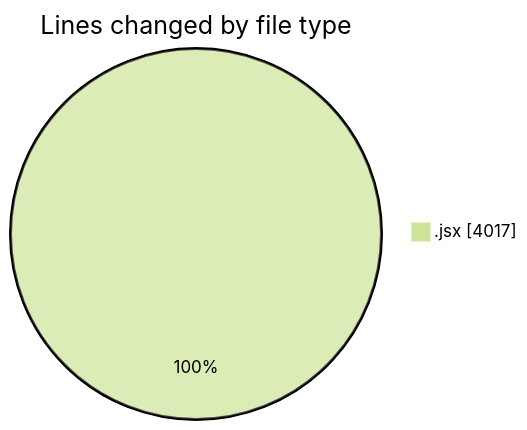
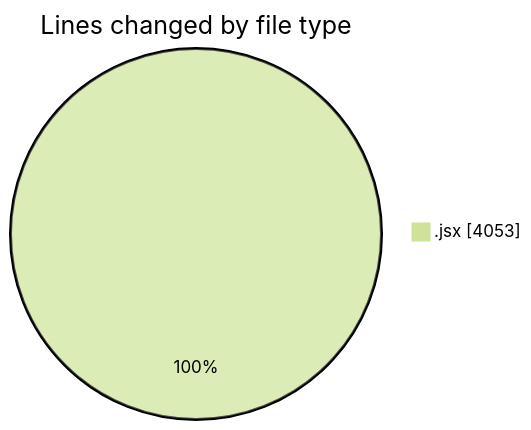
The first of 2 diagrams in 2025-07-08/argos/README.md (nxtqubesakshisongat/code-tracking), drawn with Mermaid (forest theme) before and after one commit. The commit also changed other lines of this file and 1 other file, not shown here.

````diff
--- a/2025-07-08/argos/README.md
+++ b/2025-07-08/argos/README.md
@@ -24,5 +24,5 @@
 ```mermaid
 pie showData
 title Lines changed by file type
-".jsx" : 4017
+".jsx" : 4053
 ```
````
